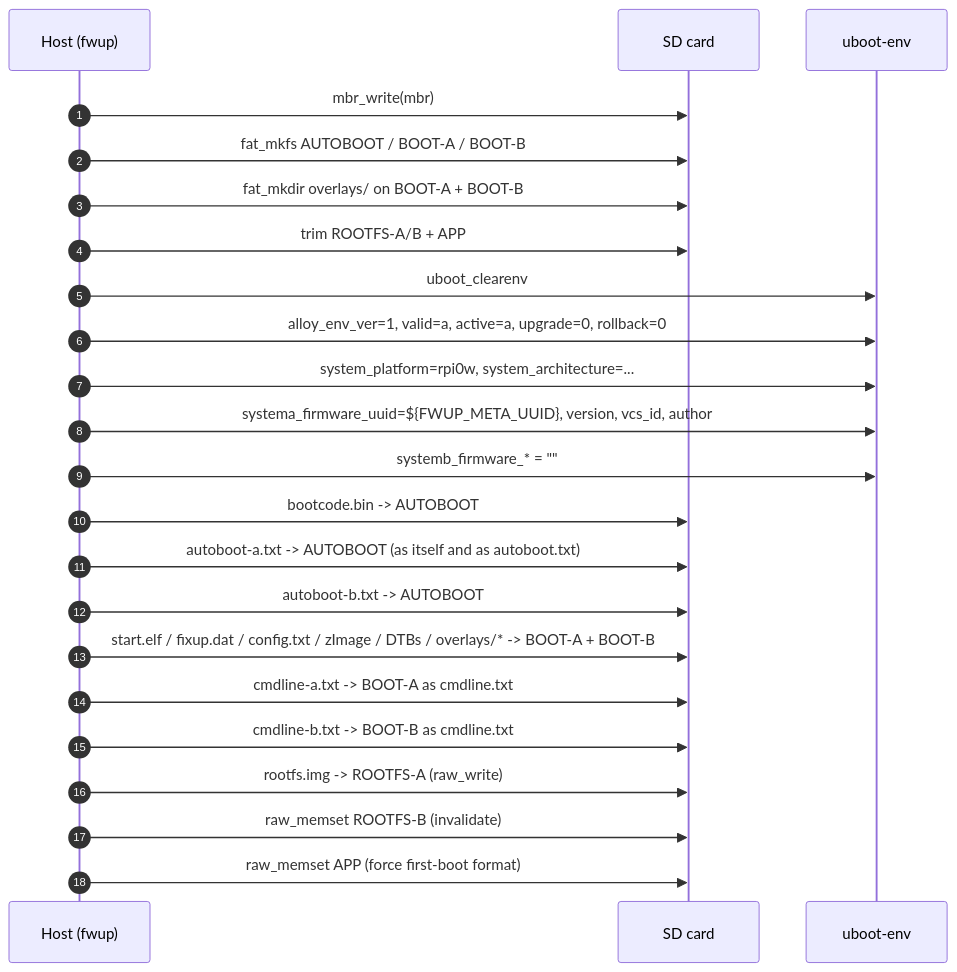
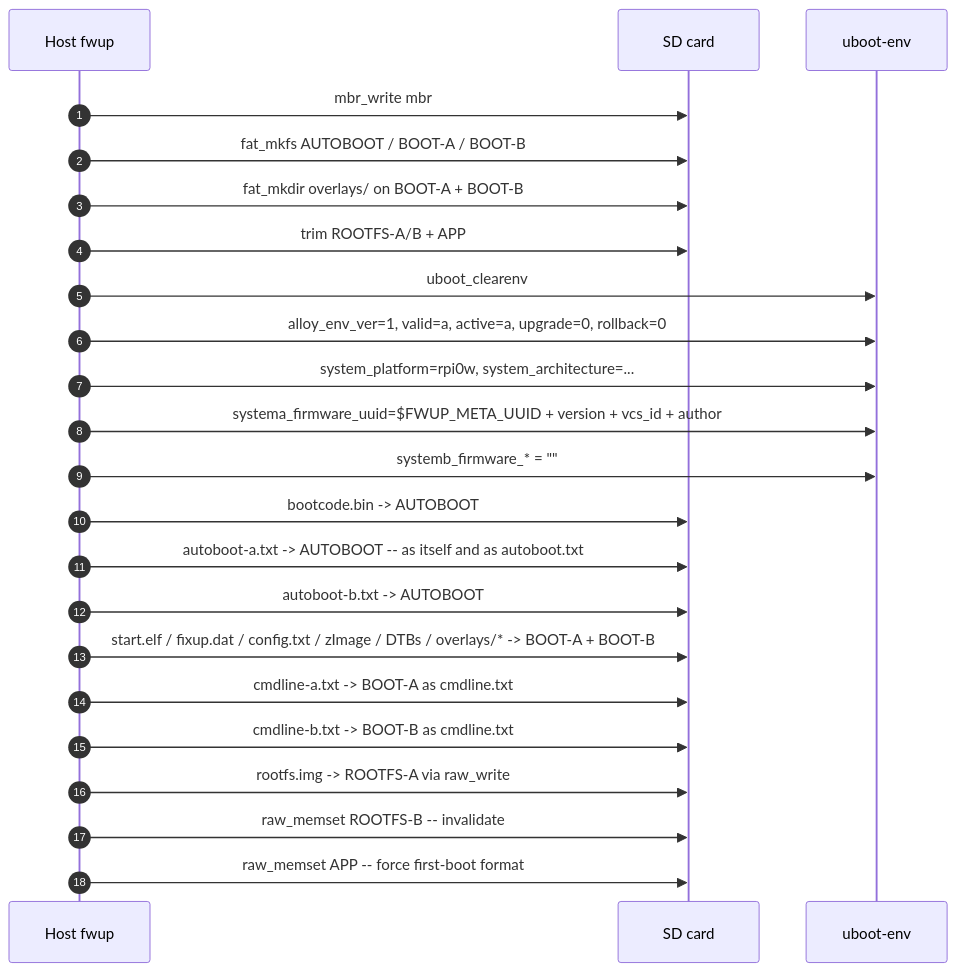
One commit to grisp/grisp_alloy changed the fourth of 7 diagrams in docs/system_rpi0w.md. Above: the diagram before and after it, drawn with Mermaid. The commit also changed other lines of this file, not shown here.

Commit message:
Fix mermaid sequence diagram

````diff
--- a/docs/system_rpi0w.md
+++ b/docs/system_rpi0w.md
@@ -209,29 +209,29 @@
 ```mermaid
 sequenceDiagram
     autonumber
-    participant host as Host (fwup)
+    participant host as Host fwup
     participant SD as SD card
     participant ENV as uboot-env
 
-    host->>SD: mbr_write(mbr)
+    host->>SD: mbr_write mbr
     host->>SD: fat_mkfs AUTOBOOT / BOOT-A / BOOT-B
     host->>SD: fat_mkdir overlays/ on BOOT-A + BOOT-B
     host->>SD: trim ROOTFS-A/B + APP
 
     host->>ENV: uboot_clearenv
     host->>ENV: alloy_env_ver=1, valid=a, active=a, upgrade=0, rollback=0
     host->>ENV: system_platform=rpi0w, system_architecture=...
-    host->>ENV: systema_firmware_uuid=${FWUP_META_UUID}, version, vcs_id, author
+    host->>ENV: systema_firmware_uuid=$FWUP_META_UUID + version + vcs_id + author
     host->>ENV: systemb_firmware_* = ""
 
     host->>SD: bootcode.bin -> AUTOBOOT
-    host->>SD: autoboot-a.txt -> AUTOBOOT (as itself and as autoboot.txt)
+    host->>SD: autoboot-a.txt -> AUTOBOOT -- as itself and as autoboot.txt
     host->>SD: autoboot-b.txt -> AUTOBOOT
     host->>SD: start.elf / fixup.dat / config.txt / zImage / DTBs / overlays/* -> BOOT-A + BOOT-B
     host->>SD: cmdline-a.txt -> BOOT-A as cmdline.txt
     host->>SD: cmdline-b.txt -> BOOT-B as cmdline.txt
 
-    host->>SD: rootfs.img -> ROOTFS-A (raw_write)
-    host->>SD: raw_memset ROOTFS-B (invalidate)
-    host->>SD: raw_memset APP (force first-boot format)
+    host->>SD: rootfs.img -> ROOTFS-A via raw_write
+    host->>SD: raw_memset ROOTFS-B -- invalidate
+    host->>SD: raw_memset APP -- force first-boot format
 ```
````
